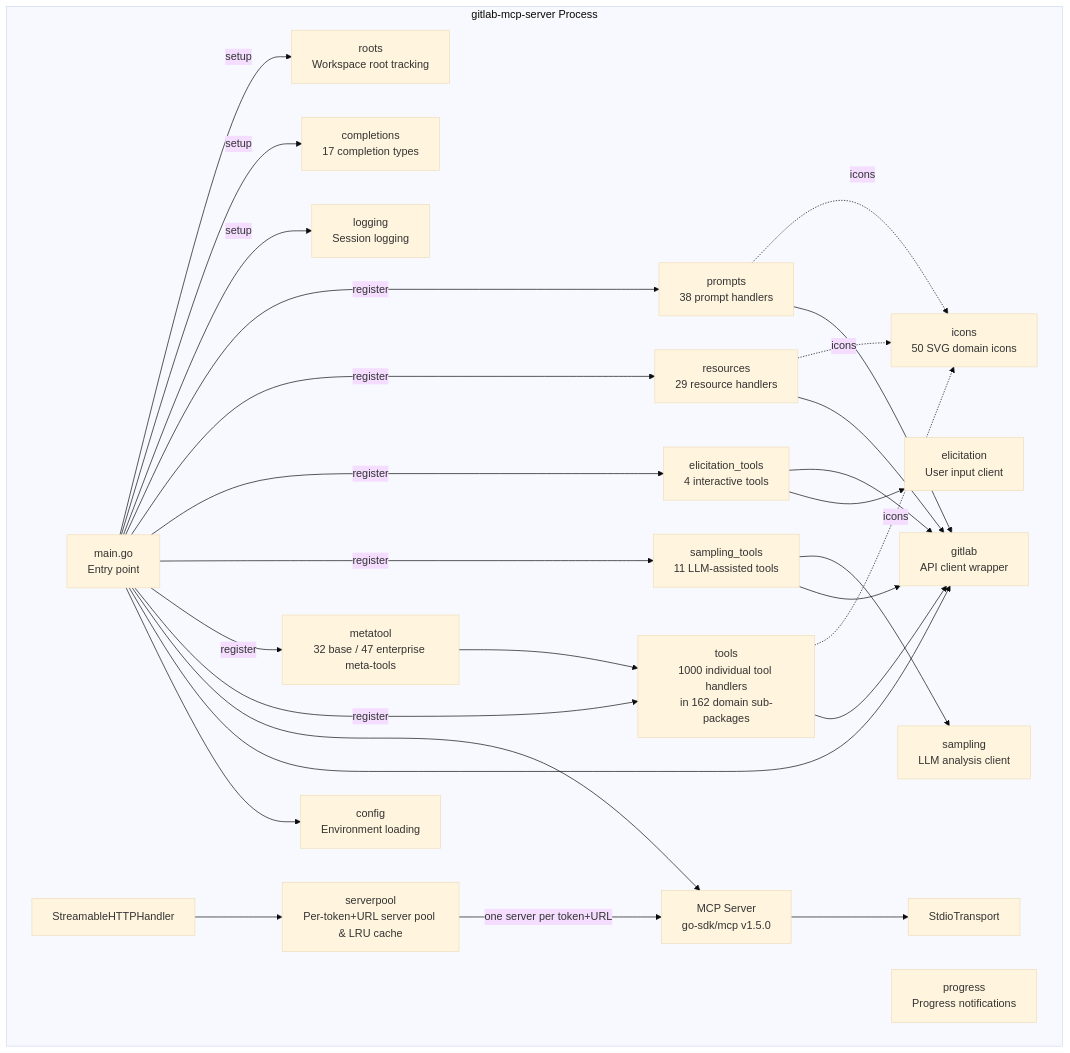
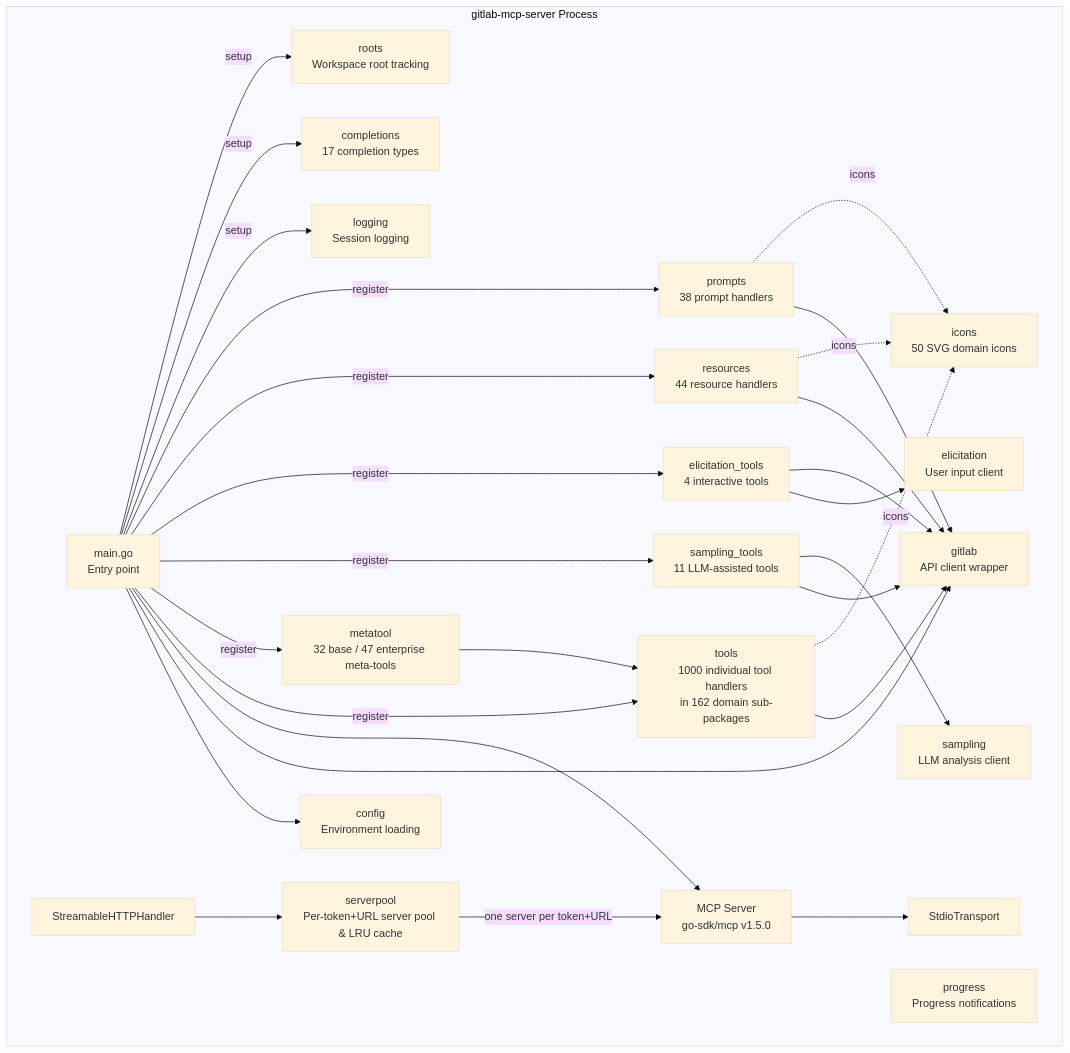
Before and after one commit to jmrplens/gitlab-mcp-server: the third of 9 diagrams in docs/architecture.md, drawn with Mermaid (base theme). The commit also changed other lines of this file and 23 other files, not shown here.

````diff
--- a/docs/architecture.md
+++ b/docs/architecture.md
@@ -64,52 +64,52 @@
 ```mermaid
 graph TD
     subgraph "gitlab-mcp-server Process"
         MAIN[main.go<br/>Entry point]
         CFG[config<br/>Environment loading]
         GL[gitlab<br/>API client wrapper]
         TOOLS[tools<br/>1000 individual tool handlers<br/>in 162 domain sub-packages]
         META[metatool<br/>32 base / 47 enterprise meta-tools]
         SAMP[sampling_tools<br/>11 LLM-assisted tools]
         ELIC[elicitation_tools<br/>4 interactive tools]
-        RES[resources<br/>29 resource handlers]
+        RES[resources<br/>44 resource handlers]
         PROMPTS[prompts<br/>38 prompt handlers]
         LOG[logging<br/>Session logging]
         COMP[completions<br/>17 completion types]
         ROOTS[roots<br/>Workspace root tracking]
         PROG[progress<br/>Progress notifications]
         SAMPLING[sampling<br/>LLM analysis client]
         ELICIT[elicitation<br/>User input client]
         ICN[icons<br/>50 SVG domain icons]
         SRV[MCP Server<br/>go-sdk/mcp v1.5.0]
         STDIO[StdioTransport]
         HTTP[StreamableHTTPHandler]
         POOL[serverpool<br/>Per-token+URL server pool & LRU cache]
     end
 
     MAIN --> CFG
     MAIN --> GL
     MAIN --> SRV
     SRV --> STDIO
     HTTP --> POOL
     POOL -->|one server per token+URL| SRV
     TOOLS --> GL
     META --> TOOLS
     SAMP --> GL
     SAMP --> SAMPLING
     ELIC --> ELICIT
     ELIC --> GL
     RES --> GL
     PROMPTS --> GL
     MAIN -->|register| TOOLS
     MAIN -->|register| META
     MAIN -->|register| SAMP
     MAIN -->|register| ELIC
     MAIN -->|register| RES
     MAIN -->|register| PROMPTS
     TOOLS -.->|icons| ICN
     RES -.->|icons| ICN
     PROMPTS -.->|icons| ICN
     MAIN -->|setup| LOG
     MAIN -->|setup| COMP
     MAIN -->|setup| ROOTS
 ```
````
